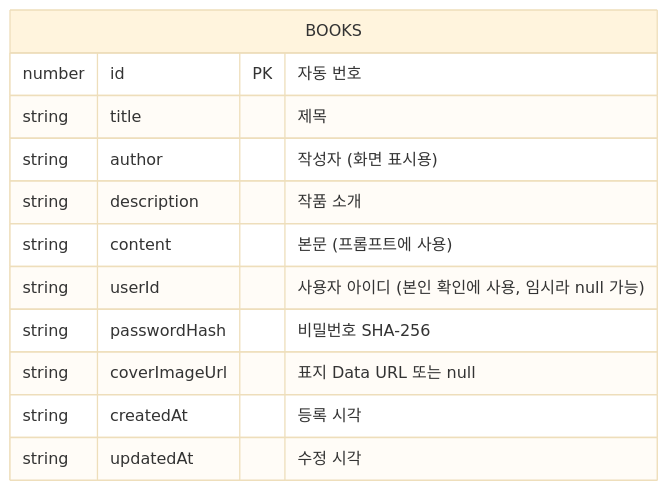
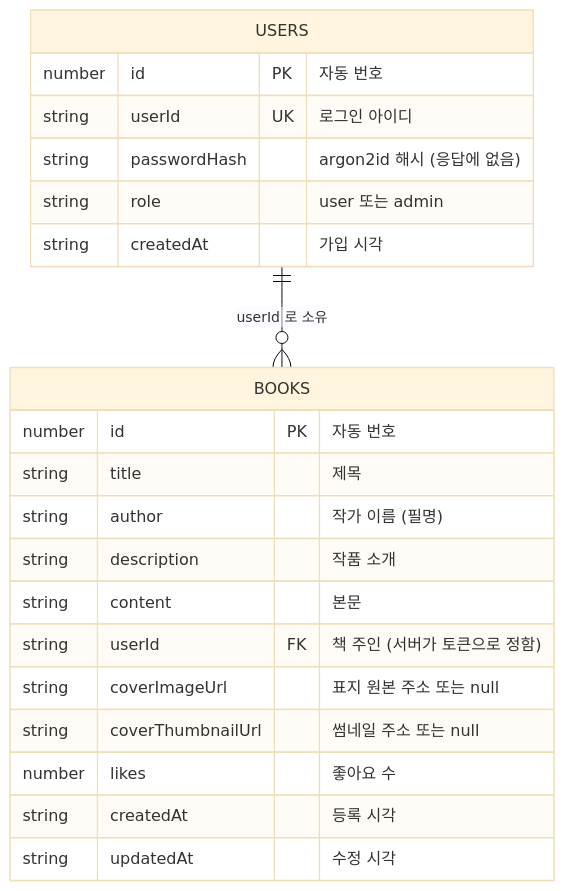
Before and after one commit to J4BEZ/author-walk: the second of 2 diagrams in docs/API.md, drawn with Mermaid (base theme). The commit also changed other lines of this file and 1 other file, not shown here.

````diff
--- a/docs/API.md
+++ b/docs/API.md
@@ -49,15 +74,24 @@
 ```mermaid
 erDiagram
+    USERS ||--o{ BOOKS : "userId 로 소유"
+    USERS {
+        number id PK "자동 번호"
+        string userId UK "로그인 아이디"
+        string passwordHash "argon2id 해시 (응답에 없음)"
+        string role "user 또는 admin"
+        string createdAt "가입 시각"
+    }
     BOOKS {
         number id PK "자동 번호"
         string title "제목"
-        string author "작성자 (화면 표시용)"
+        string author "작가 이름 (필명)"
         string description "작품 소개"
-        string content "본문 (프롬프트에 사용)"
-        string userId "사용자 아이디 (본인 확인에 사용, 임시라 null 가능)"
-        string passwordHash "비밀번호 SHA-256"
-        string coverImageUrl "표지 Data URL 또는 null"
+        string content "본문"
+        string userId FK "책 주인 (서버가 토큰으로 정함)"
+        string coverImageUrl "표지 원본 주소 또는 null"
+        string coverThumbnailUrl "썸네일 주소 또는 null"
+        number likes "좋아요 수"
         string createdAt "등록 시각"
         string updatedAt "수정 시각"
     }
 ```
````
